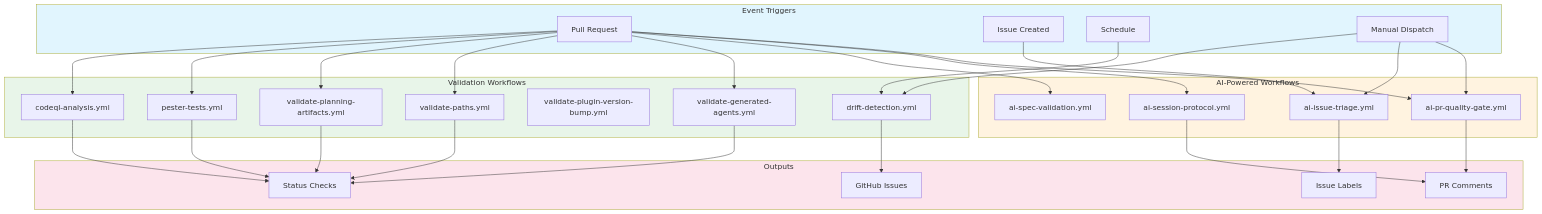
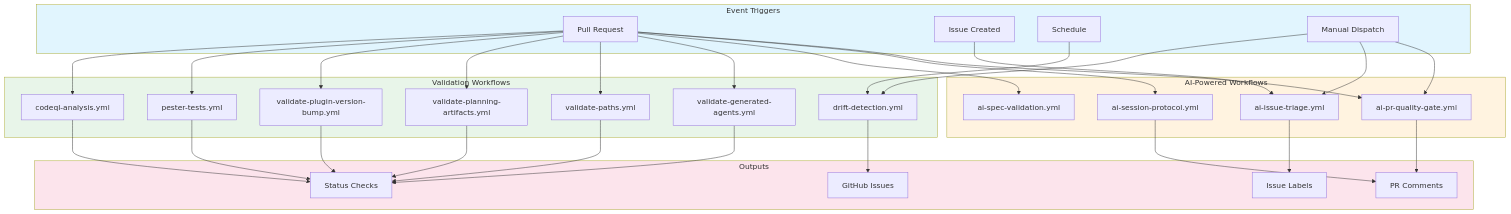
Before and after one commit to rjmurillo/ai-agents: the first of 7 diagrams in .github/AGENTS.md, drawn with Mermaid. The commit also changed 1 other file, not shown here.

Commit message:
docs(workflows): connect VPV node in diagram and add job timeouts
Add the missing PR --> VPV and VPV --> CHK edges so the .github/AGENTS.md
workflow diagram matches the documented behavior; the validate-plugin-
version-bump node was declared but never connected. Add timeout-minutes
to all three jobs so a stuck fetch or setup step cannot run for the
default maximum duration and burn runner time.

````diff
--- a/.github/AGENTS.md
+++ b/.github/AGENTS.md
@@ -11,65 +11,67 @@
 ```mermaid
 flowchart TD
     subgraph Triggers["Event Triggers"]
         PR[Pull Request]
         ISS[Issue Created]
         SCH[Schedule]
         MAN[Manual Dispatch]
     end
 
     subgraph AIWorkflows["AI-Powered Workflows"]
         QG[ai-pr-quality-gate.yml]
         IT[ai-issue-triage.yml]
         SP[ai-session-protocol.yml]
         SV[ai-spec-validation.yml]
     end
 
     subgraph ValidationWorkflows["Validation Workflows"]
         DD[drift-detection.yml]
         VG[validate-generated-agents.yml]
         VP[validate-paths.yml]
         VPA[validate-planning-artifacts.yml]
         VPV[validate-plugin-version-bump.yml]
         PT[pester-tests.yml]
         CQ[codeql-analysis.yml]
     end
 
     subgraph Outputs["Outputs"]
         CMT[PR Comments]
         LBL[Issue Labels]
         ISS2[GitHub Issues]
         CHK[Status Checks]
     end
 
     PR --> QG
     PR --> SP
     PR --> SV
     PR --> VG
     PR --> VP
     PR --> VPA
+    PR --> VPV
     PR --> PT
     PR --> CQ
 
     ISS --> IT
 
     SCH --> DD
 
     MAN --> QG
     MAN --> IT
     MAN --> DD
 
     QG --> CMT
     IT --> LBL
     SP --> CMT
     DD --> ISS2
     VG --> CHK
     VP --> CHK
     VPA --> CHK
+    VPV --> CHK
     PT --> CHK
     CQ --> CHK
 
     style Triggers fill:#e1f5fe
     style AIWorkflows fill:#fff3e0
     style ValidationWorkflows fill:#e8f5e9
     style Outputs fill:#fce4ec
 ```
````
